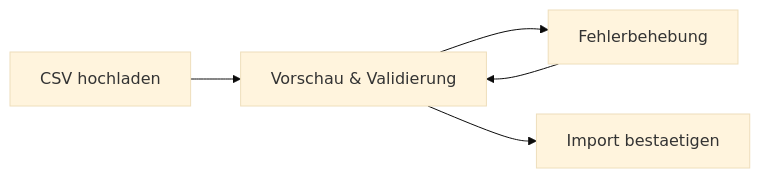
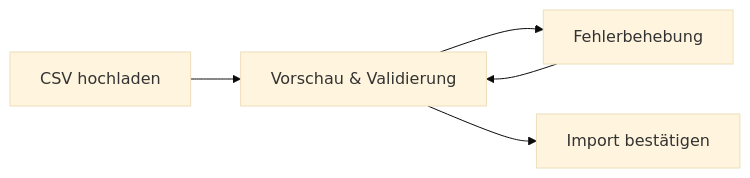
Before and after one commit to nolte/kamerplanter: the diagram in docs/de/user-guide/plant-management.md, drawn with Mermaid (base theme). The commit also changed other lines of this file and 77 other files, not shown here.

````diff
--- a/docs/de/user-guide/plant-management.md
+++ b/docs/de/user-guide/plant-management.md
@@ -101,7 +86,7 @@
 ```mermaid
 flowchart LR
     A["CSV hochladen"] --> B["Vorschau & Validierung"]
     B --> C["Fehlerbehebung"]
     C --> B
-    B --> D["Import bestaetigen"]
+    B --> D["Import bestätigen"]
 ```
````
